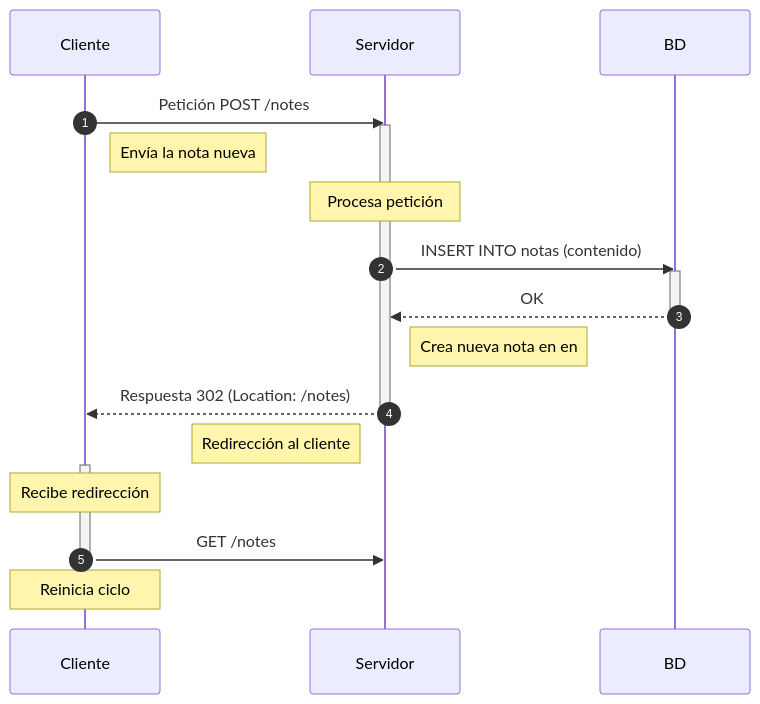
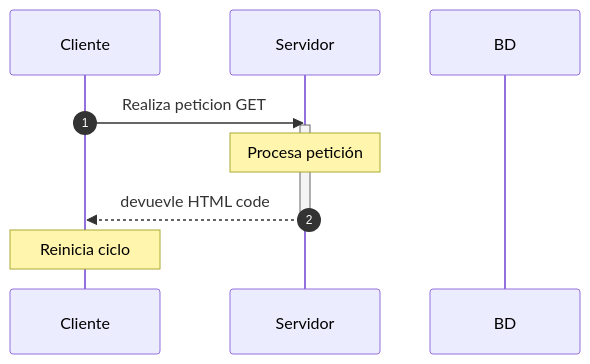
One commit to jackas779/full-stack-open changed the diagram in part0/exercise 0.5/diagram.md. Above: the diagram before and after it, drawn with Mermaid.

Commit message:
se emepieza a realizar diagrama

````diff
--- a/part0/exercise 0.5/diagram.md
+++ b/part0/exercise 0.5/diagram.md
@@ -5,25 +5,15 @@
 ```mermaid
 sequenceDiagram
   autonumber
   participant B as Cliente
   participant A as Servidor
   participant C as BD
 
-  B->>A: Petición POST /notes
+  B->>A: Realiza peticion GET
   activate A
-  Note right of B: Envía la nota nueva
   Note over A: Procesa petición
-  A->>C: INSERT INTO notas (contenido)
+  A-->>B: devuevle HTML code
+  deactivate A
   activate C
-  C-->>A: OK
-  deactivate C
-  Note right of A: Crea nueva nota en en
-  A-->>B: Respuesta 302 (Location: /notes)
-  deactivate A
-  Note left of A: Redirección al cliente
-  activate B
-  Note over B: Recibe redirección
-  B->>A: GET /notes
-  deactivate B
   Note over B: Reinicia ciclo
 ```
````
